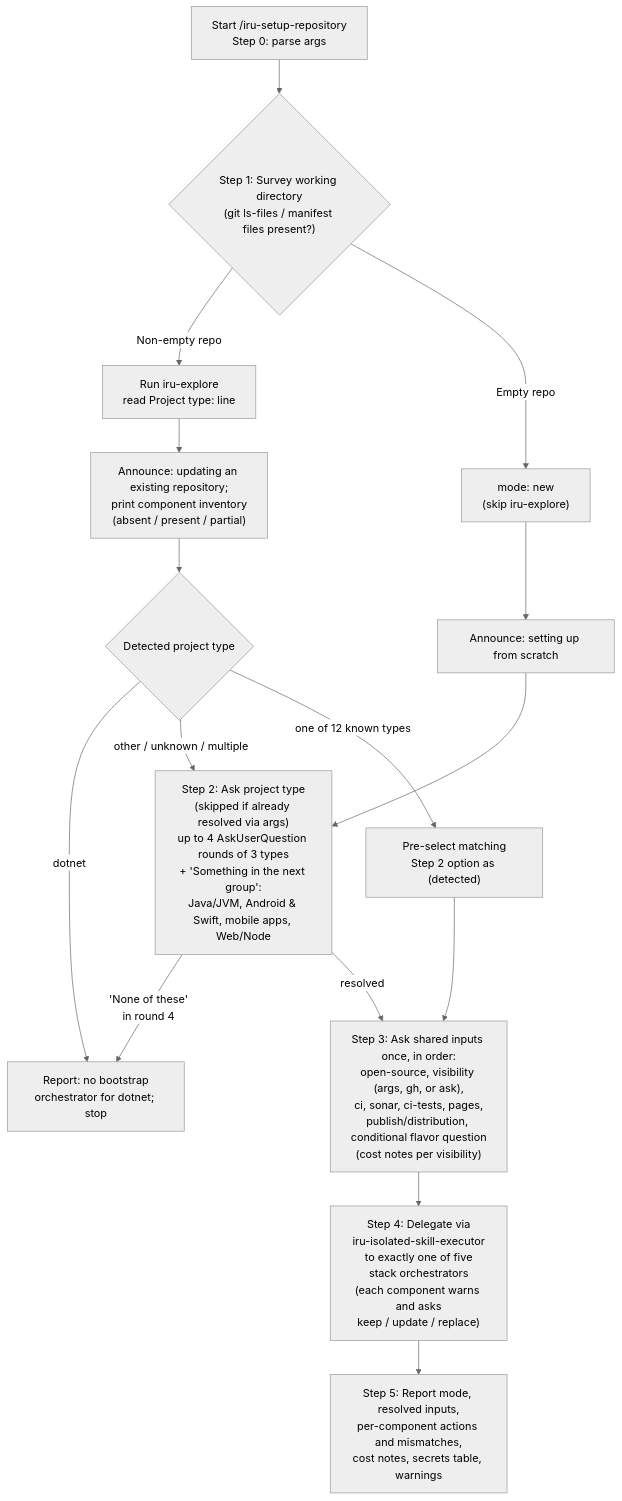
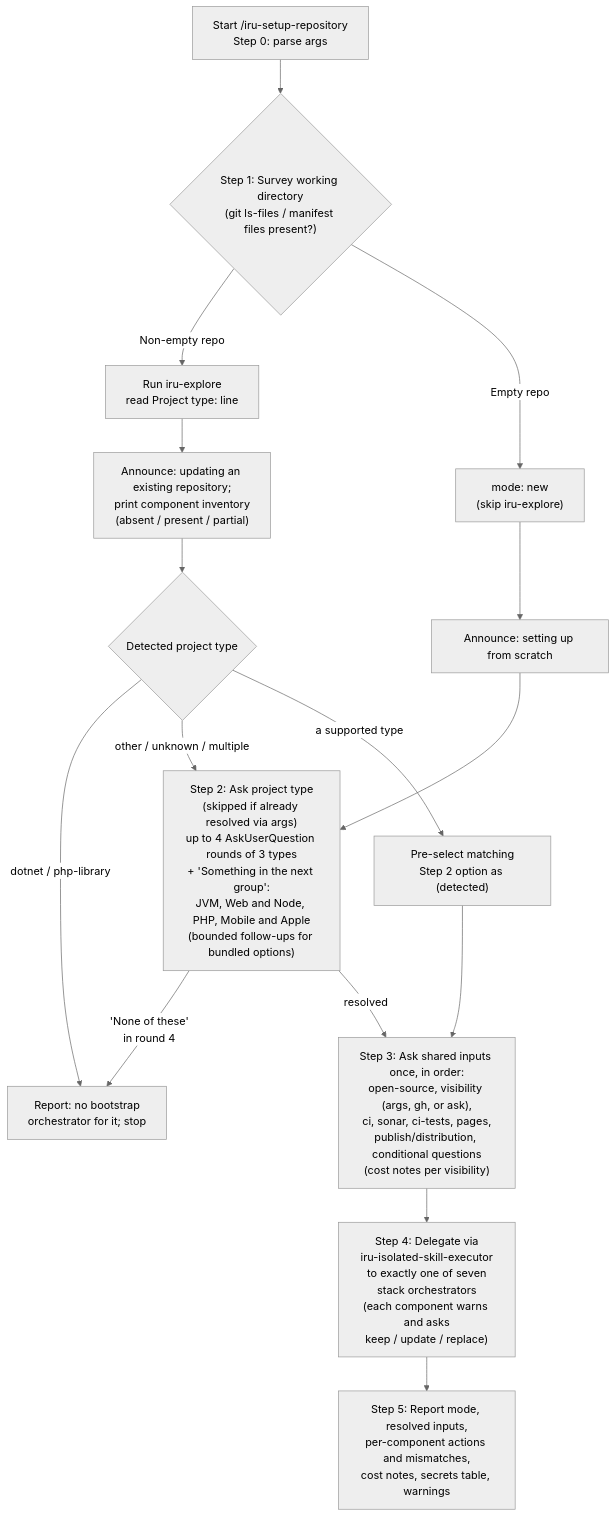
One commit to albertoirurueta/ai-catalog changed the diagram in docs/modules/ROOT/pages/skills/iru-setup-repository.adoc. Above: the diagram before and after it, drawn with Mermaid (neutral theme). The commit also changed other lines of this file and 234 other files, not shown here.

First line of the commit message:
Support Kotlin Spring Boot, Quarkus, PHP, NestJS and Next.js (#19)

```diff
--- a/docs/modules/ROOT/pages/skills/iru-setup-repository.adoc
+++ b/docs/modules/ROOT/pages/skills/iru-setup-repository.adoc
@@ -223,19 +243,19 @@
 [mermaid]
 ....
 flowchart TD
     A["Start /iru-setup-repository\nStep 0: parse args"] --> B{"Step 1: Survey working directory\n(git ls-files / manifest files present?)"}
     B -- "Non-empty repo" --> C["Run iru-explore\nread Project type: line"]
     B -- "Empty repo" --> D["mode: new\n(skip iru-explore)"]
     C --> C1["Announce: updating an existing repository;\nprint component inventory\n(absent / present / partial)"]
     D --> D1["Announce: setting up from scratch"]
     C1 --> E{"Detected project type"}
-    E -- "dotnet" --> G["Report: no bootstrap\norchestrator for dotnet; stop"]
+    E -- "dotnet / php-library" --> G["Report: no bootstrap\norchestrator for it; stop"]
     E -- "other / unknown / multiple" --> F
-    E -- "one of 12 known types" --> H["Pre-select matching\nStep 2 option as (detected)"]
+    E -- "a supported type" --> H["Pre-select matching\nStep 2 option as (detected)"]
     H --> I
-    D1 --> F["Step 2: Ask project type\n(skipped if already resolved via args)\nup to 4 AskUserQuestion rounds of 3 types\n+ 'Something in the next group':\nJava/JVM, Android & Swift, mobile apps, Web/Node"]
+    D1 --> F["Step 2: Ask project type\n(skipped if already resolved via args)\nup to 4 AskUserQuestion rounds of 3 types\n+ 'Something in the next group':\nJVM, Web and Node, PHP, Mobile and Apple\n(bounded follow-ups for bundled options)"]
     F -- "'None of these'\nin round 4" --> G
-    F -- "resolved" --> I["Step 3: Ask shared inputs once, in order:\nopen-source, visibility (args, gh, or ask),\nci, sonar, ci-tests, pages,\npublish/distribution, conditional flavor question\n(cost notes per visibility)"]
-    I --> J["Step 4: Delegate via\niru-isolated-skill-executor\nto exactly one of five\nstack orchestrators\n(each component warns and asks\nkeep / update / replace)"]
+    F -- "resolved" --> I["Step 3: Ask shared inputs once, in order:\nopen-source, visibility (args, gh, or ask),\nci, sonar, ci-tests, pages,\npublish/distribution, conditional questions\n(cost notes per visibility)"]
+    I --> J["Step 4: Delegate via\niru-isolated-skill-executor\nto exactly one of seven\nstack orchestrators\n(each component warns and asks\nkeep / update / replace)"]
     J --> K["Step 5: Report mode, resolved inputs,\nper-component actions and mismatches,\ncost notes, secrets table, warnings"]
 ....
```
